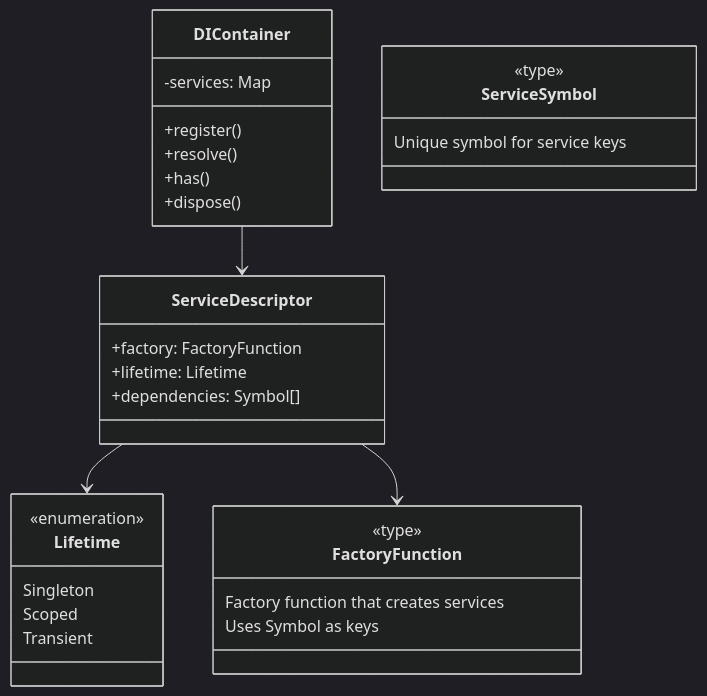
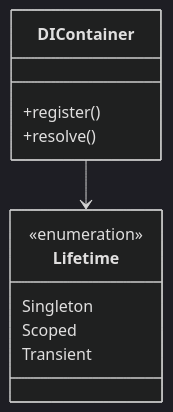
One commit to clawparty-ai/openclaw-channel-plugin-ztm changed the ninth of 10 diagrams in docs/architecture.md. Above: the diagram before and after it, drawn with Mermaid (dark theme). The commit also changed other lines of this file and 6 other files, not shown here.

First line of the commit message:
docs: optimize and reorganize architecture documentation

````diff
--- a/docs/architecture.md
+++ b/docs/architecture.md
@@ -1197,38 +688,16 @@
 ```mermaid
 classDiagram
     class DIContainer {
-        -services: Map
         +register()
         +resolve()
-        +has()
-        +dispose()
-    }
-
-    class ServiceDescriptor {
-        +factory: FactoryFunction
-        +lifetime: Lifetime
-        +dependencies: Symbol[]
     }
 
     class Lifetime {
         <<enumeration>>
         Singleton
         Scoped
         Transient
     }
 
-    class FactoryFunction {
-        <<type>>
-        Factory function that creates services
-    }
-
-    class ServiceSymbol {
-        <<type>>
-        Unique symbol for service keys
-    }
-
-    DIContainer --> ServiceDescriptor
-    ServiceDescriptor --> Lifetime
-    ServiceDescriptor --> FactoryFunction
-    FactoryFunction : Uses Symbol as keys
+    DIContainer --> Lifetime
 ```
````
